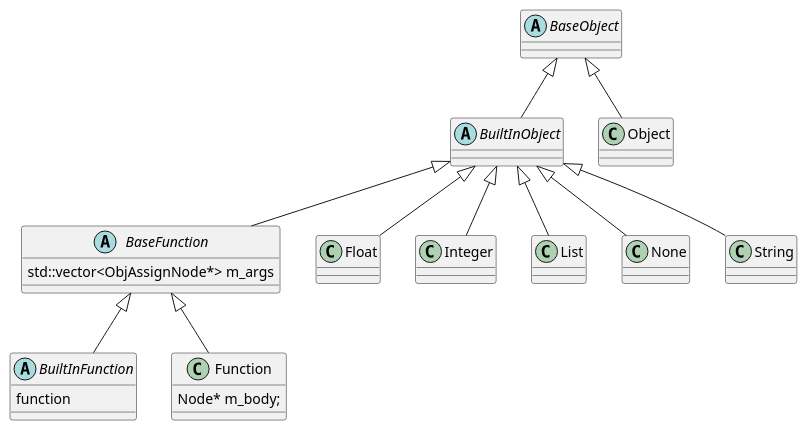
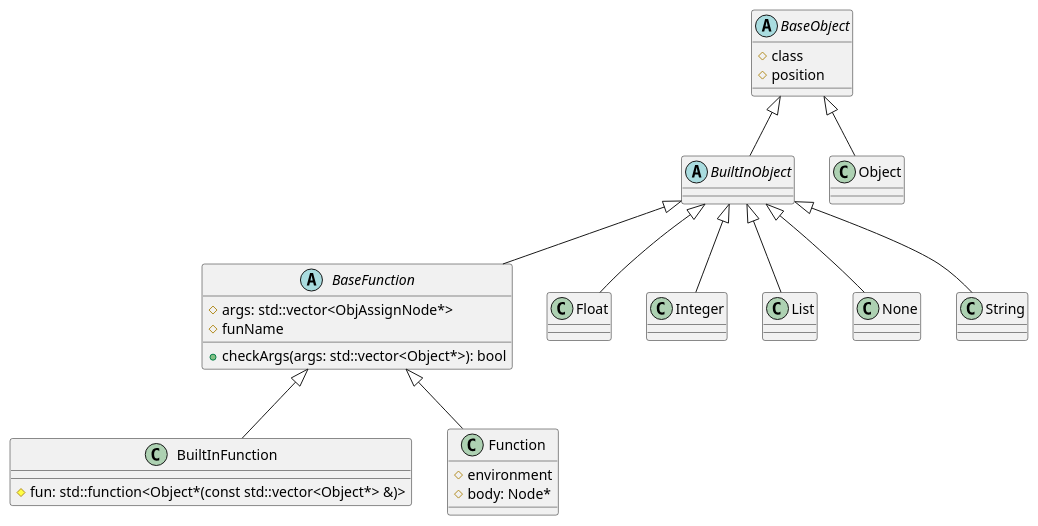
Before and after one commit to hereismg/Hydrogen: the diagram in docs/uml/new_ObjectStructure.puml, drawn with PlantUML.

Commit message:
更新Object类簇UML图

```diff
--- a/docs/uml/new_ObjectStructure.puml
+++ b/docs/uml/new_ObjectStructure.puml
@@ -1,36 +1,44 @@
 @startuml
 'https://plantuml.com/class-diagram
 
-abstract class BaseObject
+abstract class BaseObject{
+    # class
+    # position
+}
 
 abstract class BuiltInObject
 class Object
 BaseObject <|-- Object
 BaseObject <|-- BuiltInObject
 
 abstract class BaseFunction{
-    std::vector<ObjAssignNode*> m_args
+    # args: std::vector<ObjAssignNode*>
+    # funName
+
+    + checkArgs(args: std::vector<Object*>): bool
 }
 class Float
 class Integer
 class List
 class None
 class String
 BuiltInObject <|-- BaseFunction
 BuiltInObject <|-- Float
 BuiltInObject <|-- Integer
 BuiltInObject <|-- List
 BuiltInObject <|-- None
 BuiltInObject <|-- String
 
-abstract class BuiltInFunction{
-    function
+class BuiltInFunction{
+    # fun: std::function<Object*(const std::vector<Object*> &)>
 }
+
 class Function{
-    Node* m_body;
+    # environment
+    # body: Node*
 }
 
 BaseFunction <|-- BuiltInFunction
 BaseFunction <|-- Function
 
 @enduml
```
